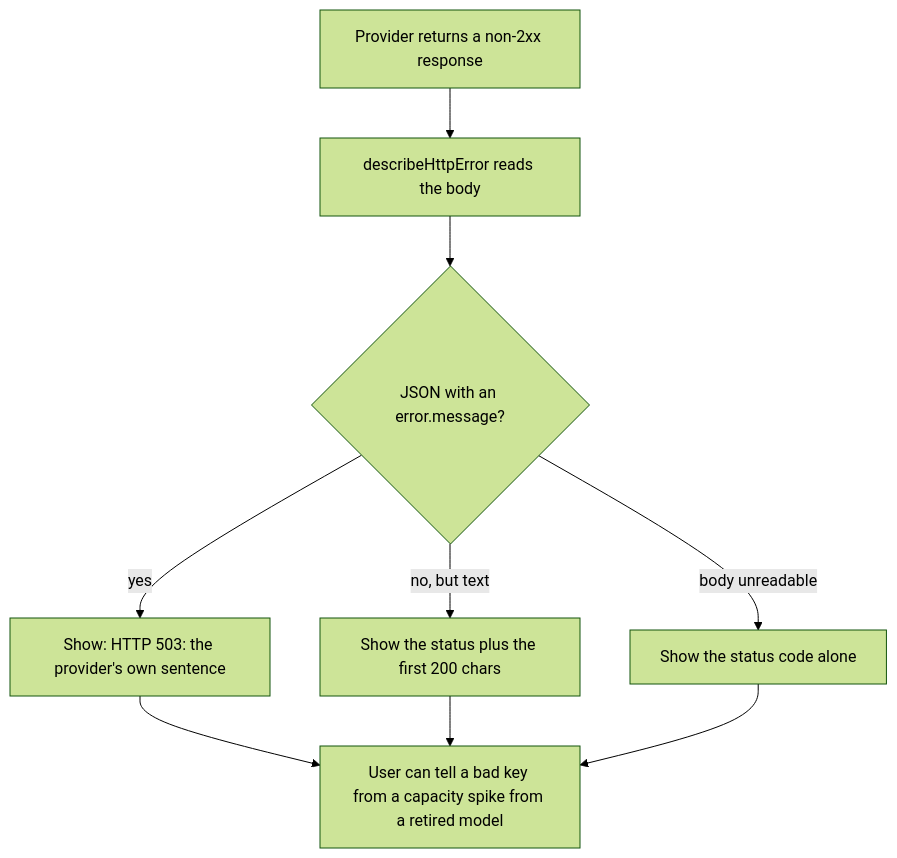
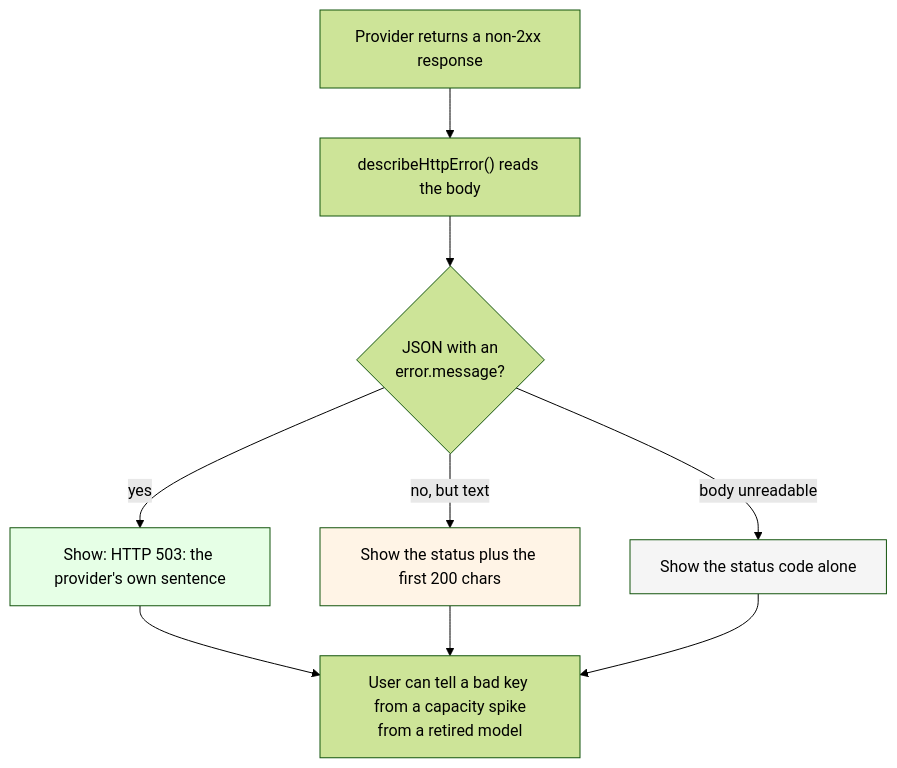
Before and after one commit to jacobcowanr/ValhallaAI: the fourth of 10 diagrams in ARCHITECTURE.md, drawn with Mermaid (forest theme). The commit also changed other lines of this file and 3 other files, not shown here.

Commit message:
Rewrite all four docs with detailed diagrams and verified facts

````diff
--- a/ARCHITECTURE.md
+++ b/ARCHITECTURE.md
@@ -340,11 +403,25 @@
 ```mermaid
 flowchart TD
-    Start[Provider returns a non-2xx response] --> Read[describeHttpError reads the body]
-    Read --> JSON{JSON with an error.message?}
+    accTitle: How a failed response becomes a readable error
+    accDescr {
+        When a provider returns a non-2xx response the app reads the response
+        body and looks for a JSON error message. If it finds one it shows that
+        sentence, because the provider's own words are more useful than the
+        status code. If the body is JSON without a message it shows the first
+        two hundred characters. If the body cannot be read at all it falls back
+        to the status code alone. All three end at a user who can tell a bad
+        key from a capacity spike from a retired model.
+    }
+    Start["Provider returns a non-2xx response"] --> Read["describeHttpError() reads the body"]
+    Read --> JSON{"JSON with an<br/>error.message?"}
     JSON -->|yes| Show["Show: HTTP 503: the provider's own sentence"]
-    JSON -->|no, but text| Slice[Show the status plus the first 200 chars]
-    JSON -->|body unreadable| Status[Show the status code alone]
-    Show --> User[User can tell a bad key from a capacity spike from a retired model]
+    JSON -->|"no, but text"| Slice["Show the status plus the first 200 chars"]
+    JSON -->|"body unreadable"| Status["Show the status code alone"]
+    Show --> User["User can tell a bad key from a capacity spike<br/>from a retired model"]
     Slice --> User
     Status --> User
+
+    style Show fill:#e6ffe6
+    style Slice fill:#fff4e6
+    style Status fill:#f5f5f5
 ```
````
